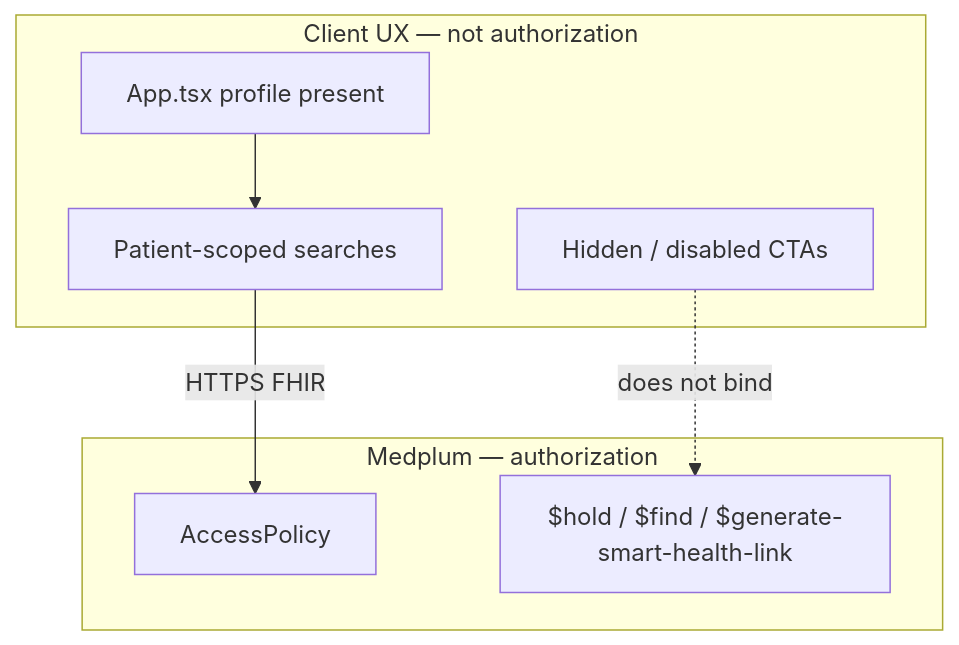
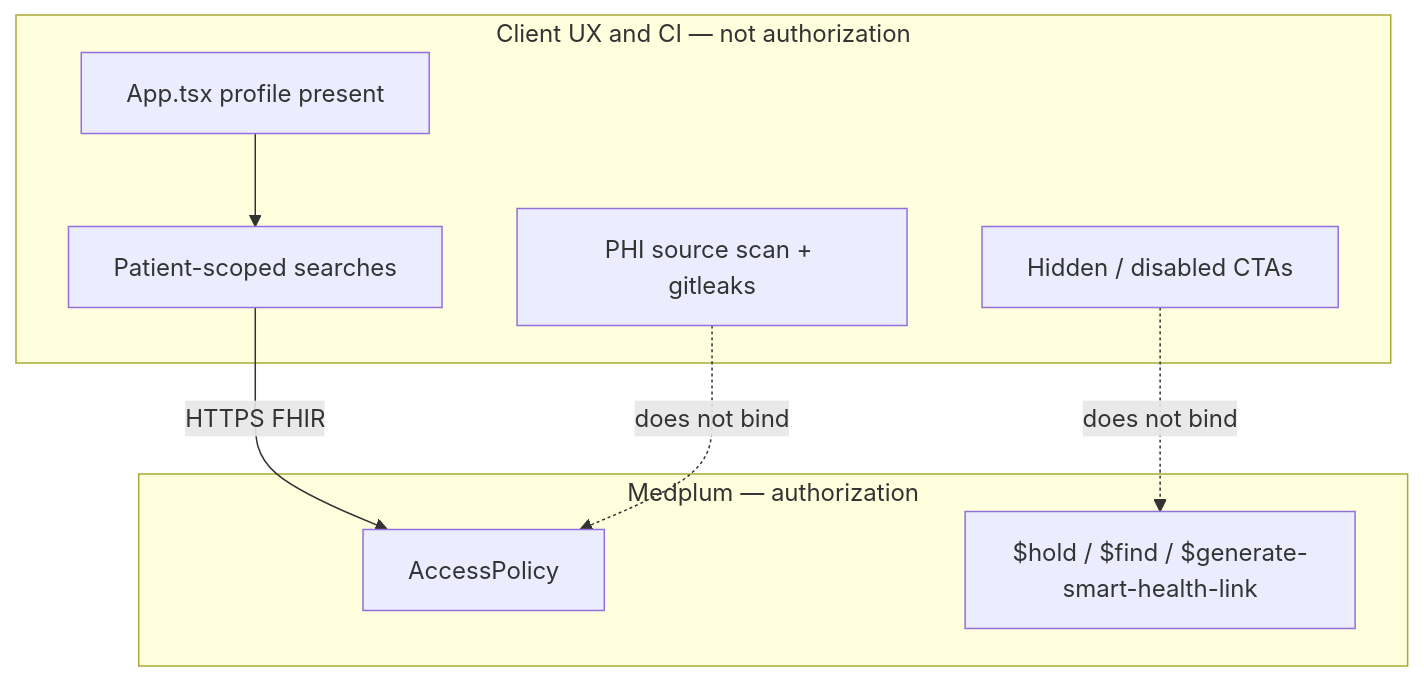
One commit to fuehne777/foomedical changed the second of 2 diagrams in docs/architecture/README.md. Above: the diagram before and after it, drawn with Mermaid. The commit also changed other lines of this file and 1 other file, not shown here.

First line of the commit message:
architect: document CI secret and PHI scan as hygiene

````diff
--- a/docs/architecture/README.md
+++ b/docs/architecture/README.md
@@ -98,15 +102,17 @@
 ```mermaid
 flowchart TB
-  subgraph ux ["Client UX — not authorization"]
+  subgraph ux ["Client UX and CI — not authorization"]
     Gate["App.tsx profile present"]
     Filters["Patient-scoped searches"]
     Hide["Hidden / disabled CTAs"]
+    CI["PHI source scan + gitleaks"]
   end
   subgraph authz ["Medplum — authorization"]
     AP["AccessPolicy"]
     Ops["$hold / $find / $generate-smart-health-link"]
   end
   Gate --> Filters
   Filters -->|"HTTPS FHIR"| AP
   Hide -.->|"does not bind"| Ops
+  CI -.->|"does not bind"| AP
 ```
````
